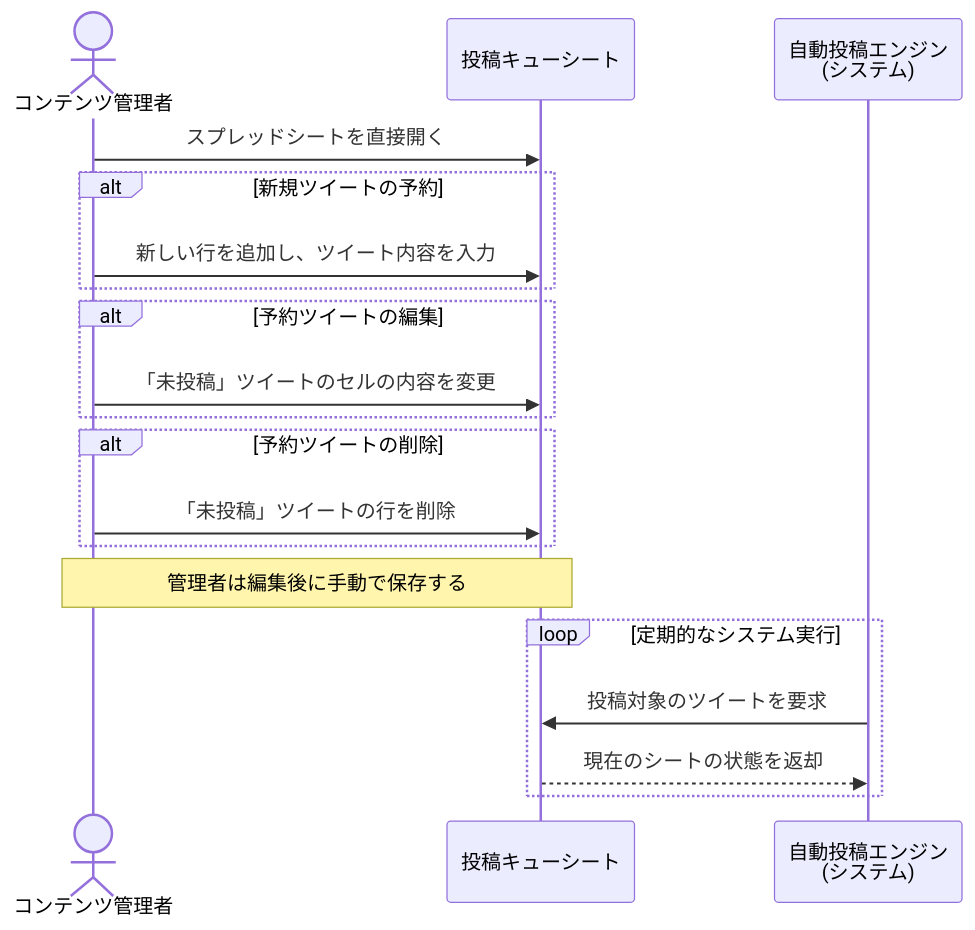
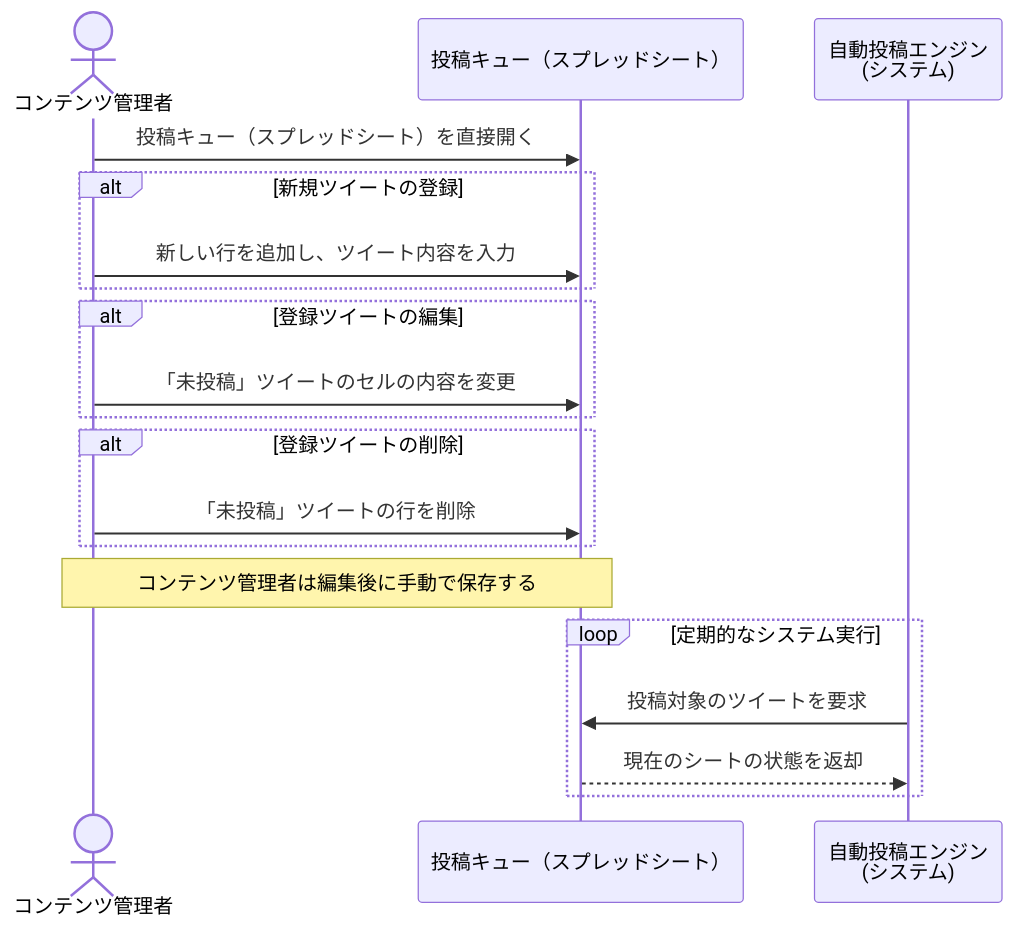
The diagram in docs/US-005a/sequence.md (masa-codehub/hatolink), drawn with Mermaid before and after one commit. The commit also changed other lines of this file and 5 other files, not shown here.

Commit message:
フローチャートとシーケンス図の表記を「予約」から「登録」に変更し、関連する説明文を更新しました。また、エラーログや投稿キューに関する用語を統一しました。

````diff
--- a/docs/US-005a/sequence.md
+++ b/docs/US-005a/sequence.md
@@ -3,28 +3,28 @@
 ```mermaid
 sequenceDiagram
-    actor Admin as コンテンツ管理者
-    participant Sheet as 投稿キューシート
+    actor ContentManager as コンテンツ管理者
+    participant QueueSheet as 投稿キュー（スプレッドシート）
     participant Engine as 自動投稿エンジン<br>(システム)
 
-    Admin->>Sheet: スプレッドシートを直接開く
+    ContentManager->>QueueSheet: 投稿キュー（スプレッドシート）を直接開く
     
-    alt 新規ツイートの予約
-        Admin->>Sheet: 新しい行を追加し、ツイート内容を入力
+    alt 新規ツイートの登録
+        ContentManager->>QueueSheet: 新しい行を追加し、ツイート内容を入力
     end
 
-    alt 予約ツイートの編集
-        Admin->>Sheet: 「未投稿」ツイートのセルの内容を変更
+    alt 登録ツイートの編集
+        ContentManager->>QueueSheet: 「未投稿」ツイートのセルの内容を変更
     end
 
-    alt 予約ツイートの削除
-        Admin->>Sheet: 「未投稿」ツイートの行を削除
+    alt 登録ツイートの削除
+        ContentManager->>QueueSheet: 「未投稿」ツイートの行を削除
     end
 
-    Note over Admin, Sheet: 管理者は編集後に手動で保存する
+    Note over ContentManager, QueueSheet: コンテンツ管理者は編集後に手動で保存する
     
     loop 定期的なシステム実行
-        Engine->>Sheet: 投稿対象のツイートを要求
-        Sheet-->>Engine: 現在のシートの状態を返却
+        Engine->>QueueSheet: 投稿対象のツイートを要求
+        QueueSheet-->>Engine: 現在のシートの状態を返却
     end
 
 ```
````
